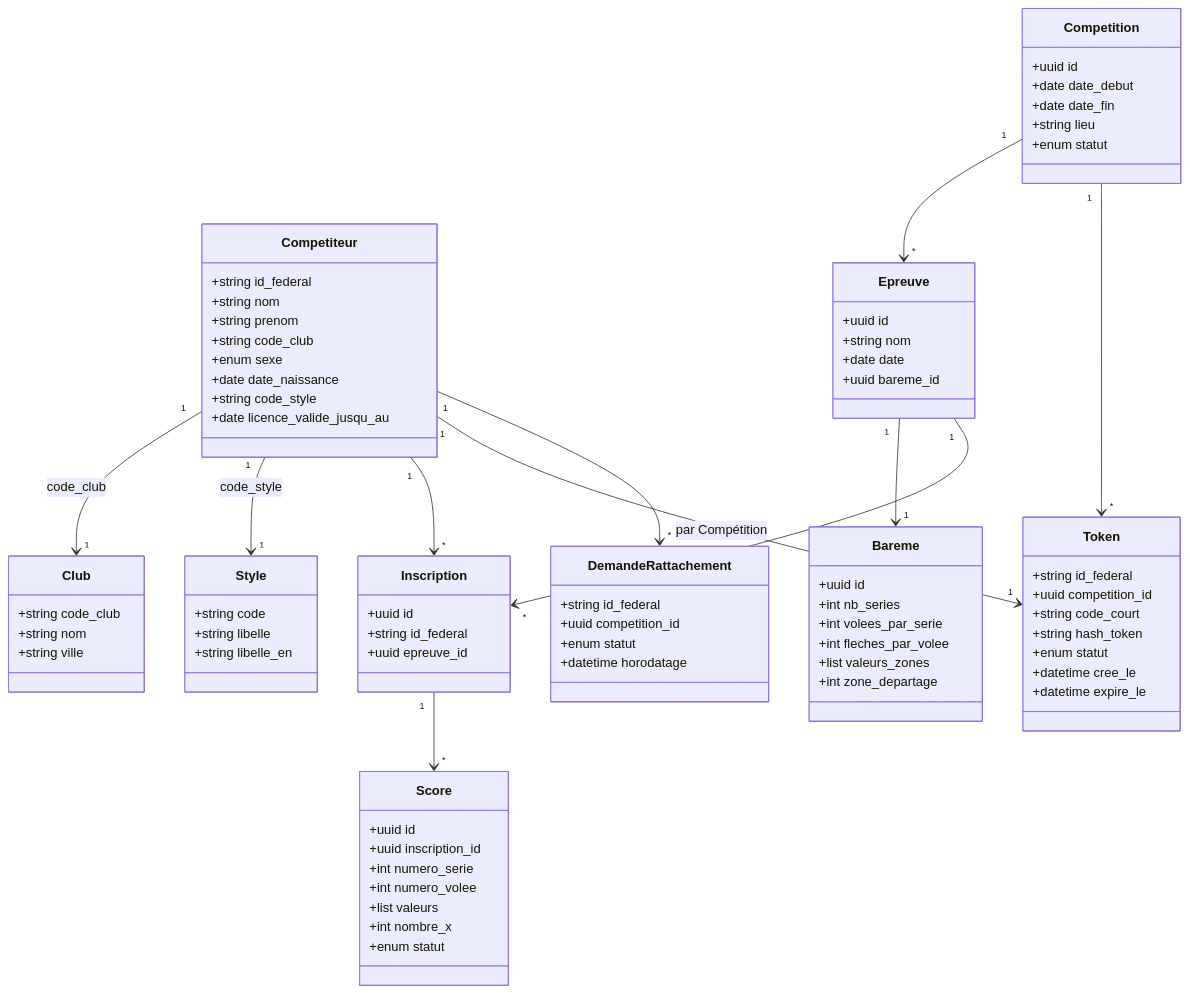
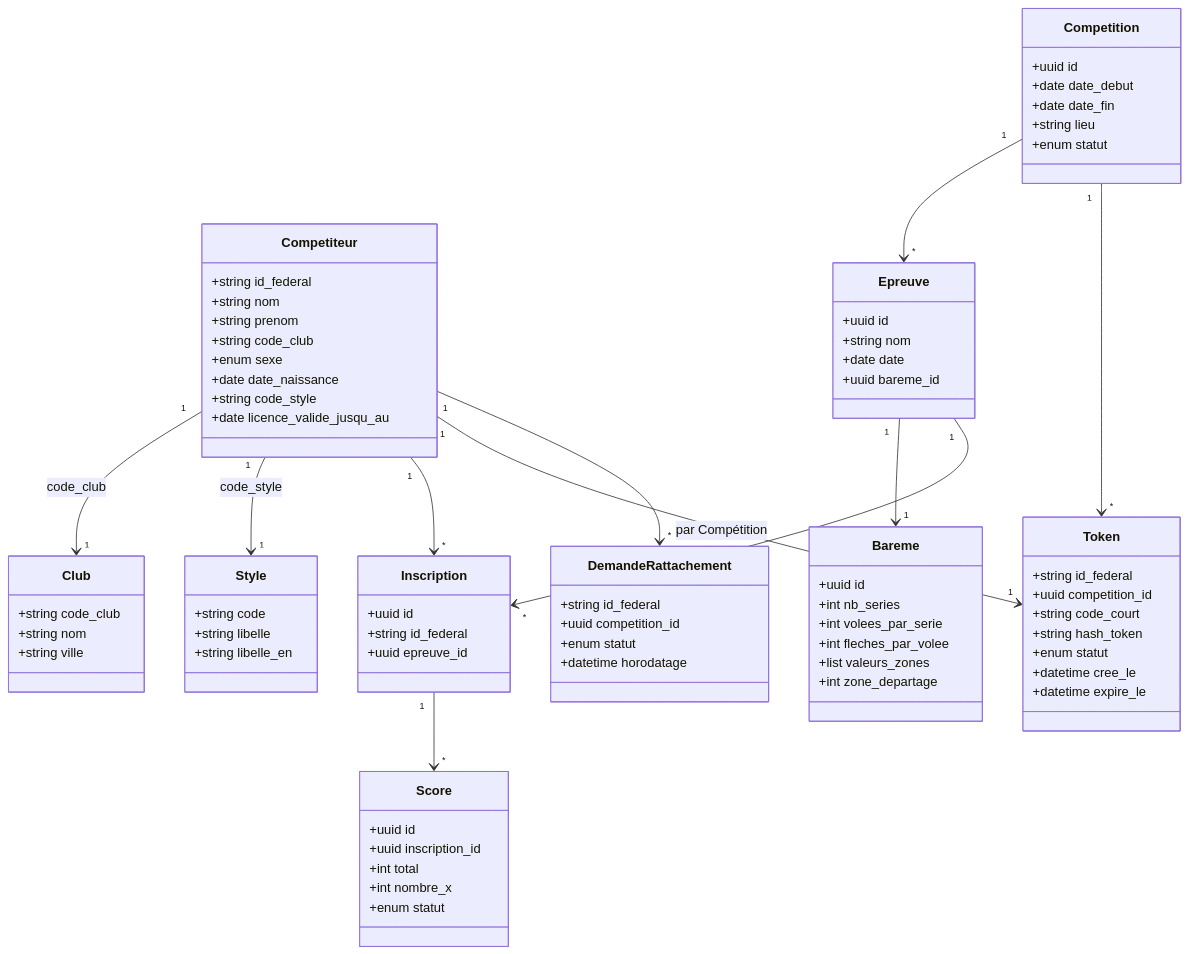
Before and after one commit to MrFanghoDev/fletchscore: the second of 2 diagrams in docs/cahier-des-charges/modele-donnees.rst, drawn with Mermaid. The commit also changed other lines of this file and 23 other files, not shown here.

```diff
--- a/docs/cahier-des-charges/modele-donnees.rst
+++ b/docs/cahier-des-charges/modele-donnees.rst
@@ -82,9 +86,7 @@
        class Score {
            +uuid id
            +uuid inscription_id
-           +int numero_serie
-           +int numero_volee
-           +list valeurs
+           +int total
            +int nombre_x
            +enum statut
        }
```
